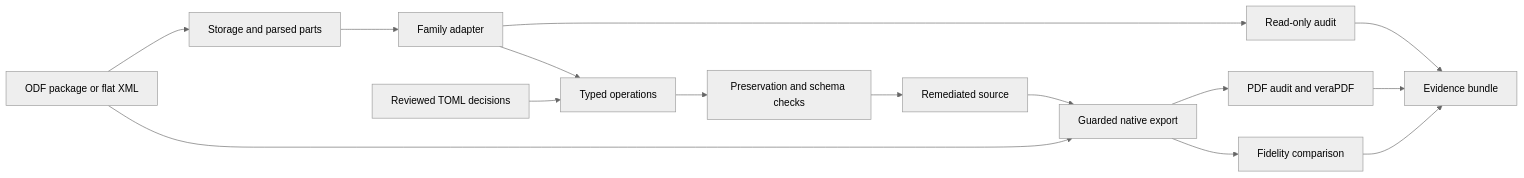
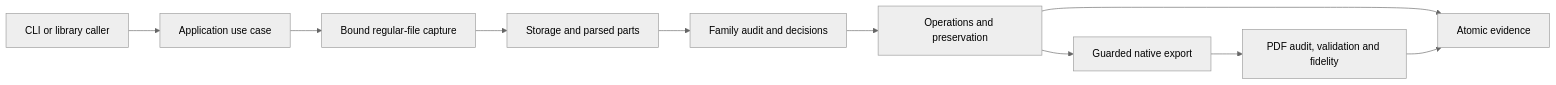
Before and after one commit to resoltico/ODFA11y: the diagram in docs/ARCHITECTURE.md, drawn with Mermaid (neutral theme). The commit also changed other lines of this file and 33 other files, not shown here.

````diff
--- a/docs/ARCHITECTURE.md
+++ b/docs/ARCHITECTURE.md
@@ -8,17 +6,12 @@
 ```mermaid
 flowchart LR
-    Source[ODF package or flat XML] --> Model[Storage and parsed parts]
-    Model --> Family[Family adapter]
-    Family --> Audit[Read-only audit]
-    Plan[Reviewed TOML decisions] --> Edit[Typed operations]
-    Family --> Edit
-    Edit --> Guard[Preservation and schema checks]
-    Guard --> Candidate[Remediated source]
-    Source --> Export[Guarded native export]
-    Candidate --> Export
-    Export --> PDF[PDF audit and veraPDF]
-    Export --> Fidelity[Fidelity comparison]
-    Audit --> Evidence[Evidence bundle]
+    CLI[CLI or library caller] --> API[Application use case]
+    API --> Capture[Bound regular-file capture]
+    Capture --> ODF[Storage and parsed parts]
+    ODF --> Family[Family audit and decisions]
+    Family --> Guard[Operations and preservation]
+    Guard --> Native[Guarded native export]
+    Native --> PDF[PDF audit, validation and fidelity]
+    Guard --> Evidence[Atomic evidence]
     PDF --> Evidence
-    Fidelity --> Evidence
 ```
````
